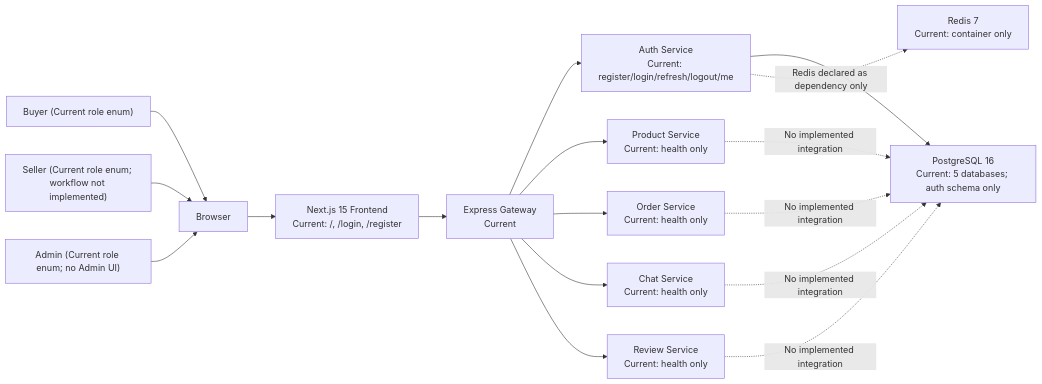
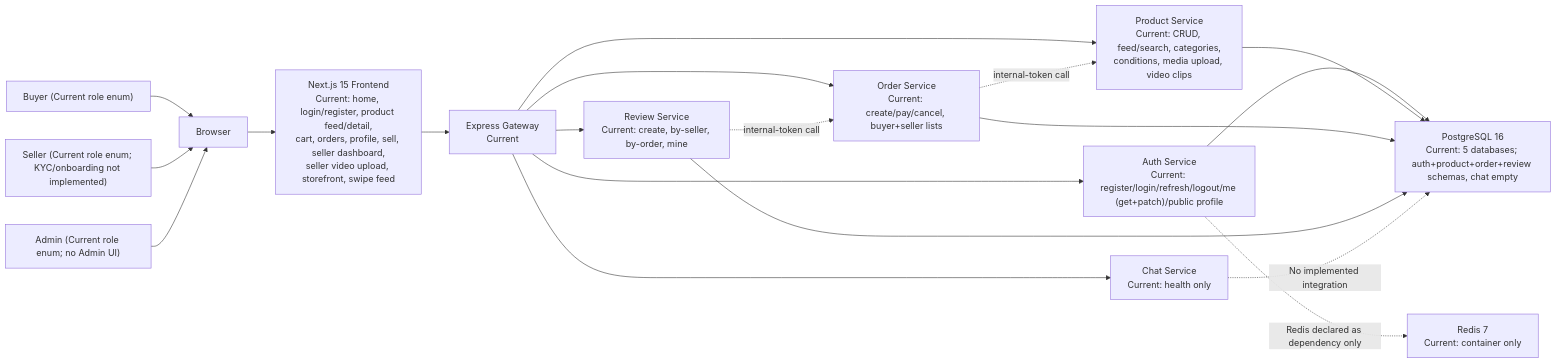
One commit to wisit23/Ise changed the first of 8 diagrams in docs/architecture.md. Above: the diagram before and after it, drawn with Mermaid. The commit also changed other lines of this file and 3 other files, not shown here.

````diff
--- a/docs/architecture.md
+++ b/docs/architecture.md
@@ -22,31 +28,30 @@
 ```mermaid
 flowchart LR
     Buyer["Buyer (Current role enum)"]
-    Seller["Seller (Current role enum; workflow not implemented)"]
+    Seller["Seller (Current role enum; KYC/onboarding not implemented)"]
     Admin["Admin (Current role enum; no Admin UI)"]
     Browser["Browser"]
-    Frontend["Next.js 15 Frontend<br/>Current: /, /login, /register"]
+    Frontend["Next.js 15 Frontend<br/>Current: home, login/register, product feed/detail,<br/>cart, orders, profile, sell, seller dashboard,<br/>seller video upload, storefront, swipe feed"]
     Gateway["Express Gateway<br/>Current"]
-    Auth["Auth Service<br/>Current: register/login/refresh/logout/me"]
-    Product["Product Service<br/>Current: health only"]
-    Order["Order Service<br/>Current: health only"]
+    Auth["Auth Service<br/>Current: register/login/refresh/logout/me (get+patch)/public profile"]
+    Product["Product Service<br/>Current: CRUD, feed/search, categories,<br/>conditions, media upload, video clips"]
+    Order["Order Service<br/>Current: create/pay/cancel, buyer+seller lists"]
     Chat["Chat Service<br/>Current: health only"]
-    Review["Review Service<br/>Current: health only"]
-    Postgres["PostgreSQL 16<br/>Current: 5 databases; auth schema only"]
+    Review["Review Service<br/>Current: create, by-seller, by-order, mine"]
+    Postgres["PostgreSQL 16<br/>Current: 5 databases; auth+product+order+review schemas, chat empty"]
     Redis["Redis 7<br/>Current: container only"]
 
     Buyer --> Browser
     Seller --> Browser
     Admin --> Browser
     Browser --> Frontend --> Gateway
     Gateway --> Auth --> Postgres
-    Gateway --> Product
-    Gateway --> Order
+    Gateway --> Product --> Postgres
+    Gateway --> Order --> Postgres
     Gateway --> Chat
-    Gateway --> Review
-    Product -. "No implemented integration" .-> Postgres
-    Order -. "No implemented integration" .-> Postgres
+    Gateway --> Review --> Postgres
+    Order -. "internal-token call" .-> Product
+    Review -. "internal-token call" .-> Order
     Chat -. "No implemented integration" .-> Postgres
-    Review -. "No implemented integration" .-> Postgres
     Auth -. "Redis declared as dependency only" .-> Redis
 ```
````
